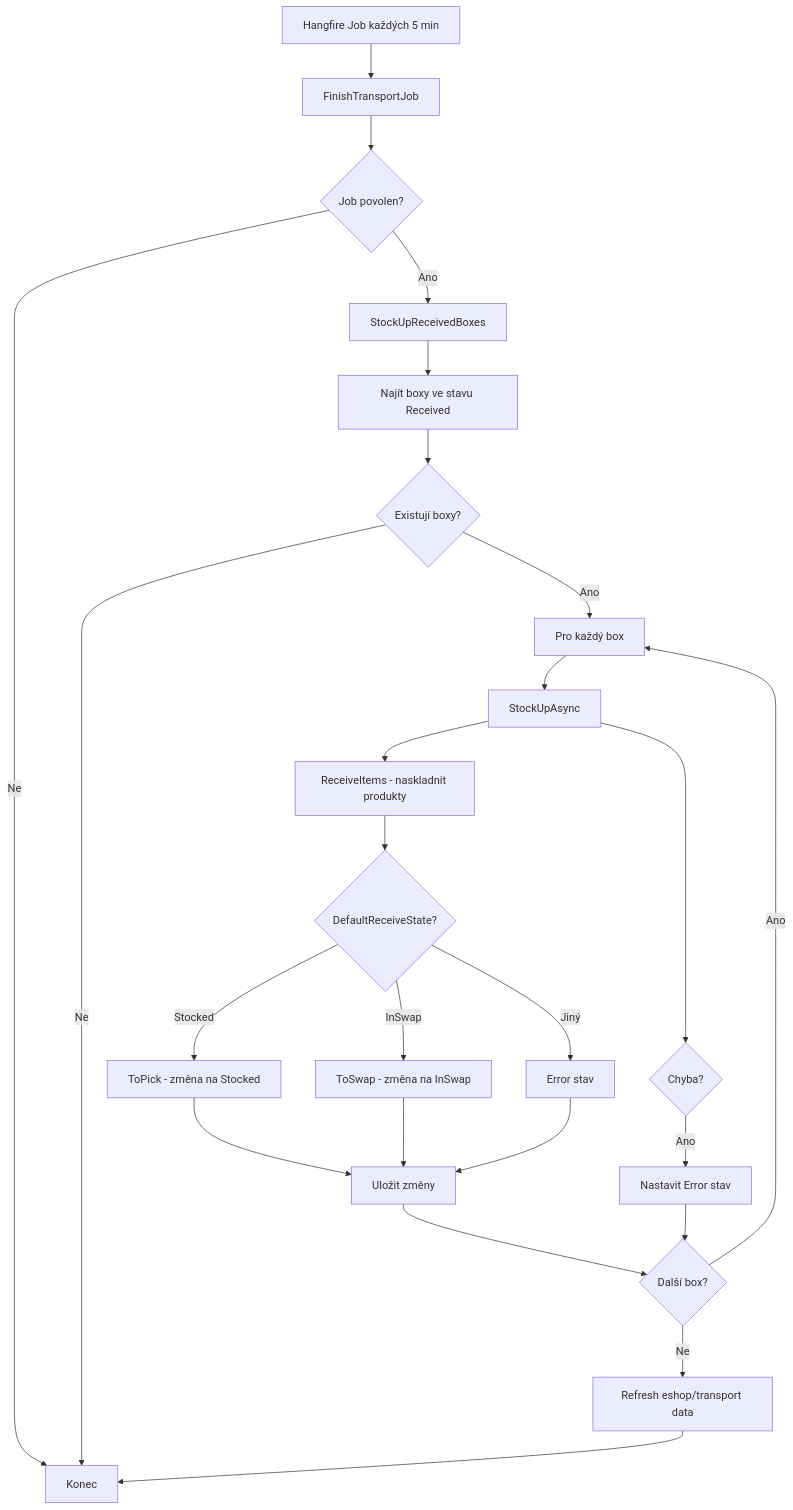
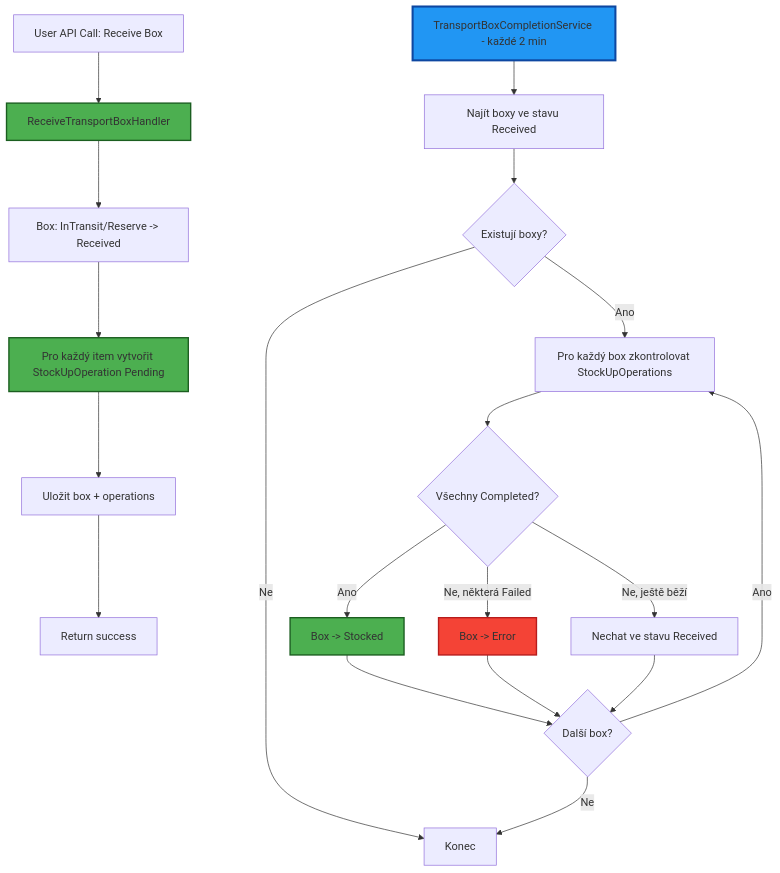
One commit to onpaj/Anela.Heblo changed the diagram in docs/features/receiving.md. Above: the diagram before and after it, drawn with Mermaid. The commit also changed other lines of this file and 14 other files, not shown here.

Commit message:
feat: checkpoint - invalid flow

````diff
--- a/docs/features/receiving.md
+++ b/docs/features/receiving.md
@@ -354,28 +275,29 @@
 ```mermaid
 graph TD
-    A[Hangfire Job každých 5 min] --> B[FinishTransportJob]
-    B --> C{Job povolen?}
-    C -->|Ne| D[Konec]
-    C -->|Ano| E[StockUpReceivedBoxes]
-    E --> F[Najít boxy ve stavu Received]
-    F --> G{Existují boxy?}
-    G -->|Ne| D
-    G -->|Ano| H[Pro každý box]
-    H --> I[StockUpAsync]
-    I --> J[ReceiveItems - naskladnit produkty]
-    J --> K{DefaultReceiveState?}
-    K -->|Stocked| L[ToPick - změna na Stocked]
-    K -->|InSwap| M[ToSwap - změna na InSwap]
-    K -->|Jiný| N[Error stav]
-    L --> O[Uložit změny]
-    M --> O
-    N --> O
-    O --> P{Další box?}
-    P -->|Ano| H
-    P -->|Ne| Q[Refresh eshop/transport data]
-    Q --> D
-    
-    I --> R{Chyba?}
-    R -->|Ano| S[Nastavit Error stav]
-    S --> P
+    A[User API Call: Receive Box] --> B[ReceiveTransportBoxHandler]
+    B --> C[Box: InTransit/Reserve -> Received]
+    C --> D[Pro každý item vytvořit StockUpOperation Pending]
+    D --> E[Uložit box + operations]
+    E --> F[Return success]
+
+    style B fill:#4caf50,stroke:#1b5e20,stroke-width:2px
+    style D fill:#4caf50,stroke:#1b5e20,stroke-width:2px
+
+    O[TransportBoxCompletionService - každé 2 min] --> P[Najít boxy ve stavu Received]
+    P --> Q{Existují boxy?}
+    Q -->|Ne| R[Konec]
+    Q -->|Ano| S[Pro každý box zkontrolovat StockUpOperations]
+    S --> T{Všechny Completed?}
+    T -->|Ano| U[Box -> Stocked]
+    T -->|Ne, některá Failed| V[Box -> Error]
+    T -->|Ne, ještě běží| W[Nechat ve stavu Received]
+    U --> X{Další box?}
+    V --> X
+    W --> X
+    X -->|Ano| S
+    X -->|Ne| R
+
+    style O fill:#2196f3,stroke:#0d47a1,stroke-width:3px
+    style U fill:#4caf50,stroke:#1b5e20,stroke-width:2px
+    style V fill:#f44336,stroke:#b71c1c,stroke-width:2px
 ```
````
